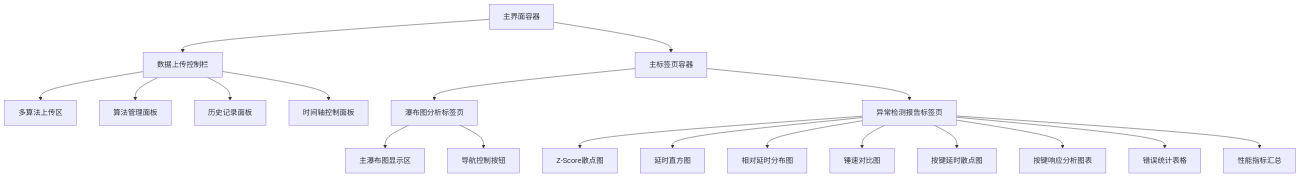
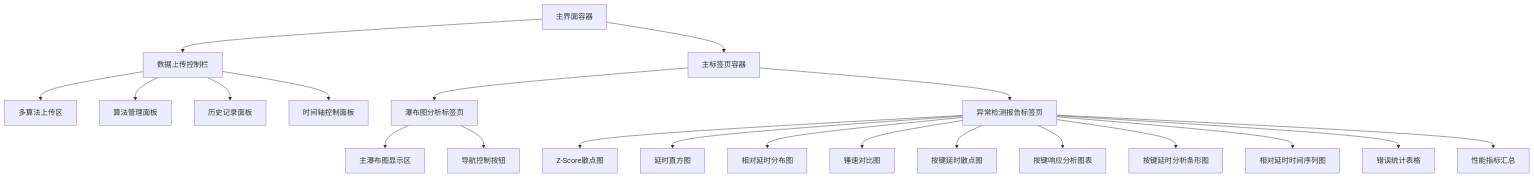
The third of 4 diagrams in SPMID数据分析系统最终完整技术文档latest.md (XiaoShengSPiano/test_tools), drawn with Mermaid before and after one commit. The commit also changed other lines of this file and 6 other files, not shown here.

Commit message:
重构所有散点图的生成逻辑

````diff
--- a/SPMID数据分析系统最终完整技术文档latest.md
+++ b/SPMID数据分析系统最终完整技术文档latest.md
@@ -602,25 +694,27 @@
 ```mermaid
 graph TB
     A[主界面容器] --> B[数据上传控制栏]
     A --> C[主标签页容器]
 
     B --> B1[多算法上传区]
     B --> B2[算法管理面板]
     B --> B3[历史记录面板]
     B --> B4[时间轴控制面板]
 
     C --> C1[瀑布图分析标签页]
     C --> C2[异常检测报告标签页]
 
     C1 --> D1[主瀑布图显示区]
     C1 --> D2[导航控制按钮]
 
     C2 --> E1[Z-Score散点图]
     C2 --> E2[延时直方图]
     C2 --> E3[相对延时分布图]
     C2 --> E4[锤速对比图]
     C2 --> E5[按键延时散点图]
     C2 --> E6[按键响应分析图表]
-    C2 --> E7[错误统计表格]
-    C2 --> E8[性能指标汇总]
+    C2 --> E7[按键延时分析条形图]
+    C2 --> E8[相对延时时间序列图]
+    C2 --> E9[错误统计表格]
+    C2 --> E10[性能指标汇总]
 ```
````
